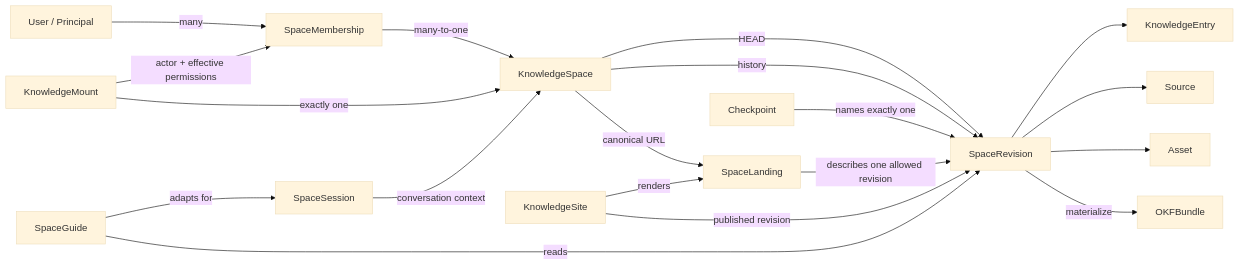
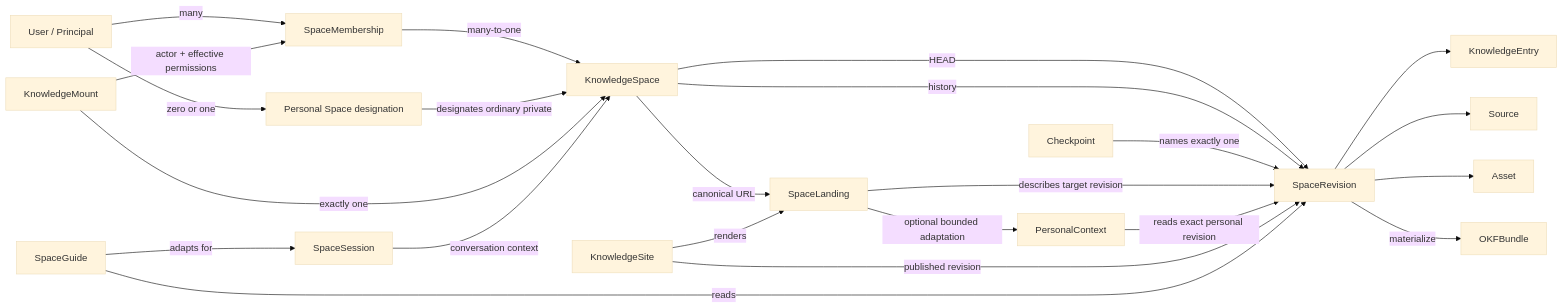
One commit to xxsrez/MindDiary changed the diagram in docs/specs/domain-model.md. Above: the diagram before and after it, drawn with Mermaid (base theme). The commit also changed other lines of this file and 7 other files, not shown here.

````diff
--- a/docs/specs/domain-model.md
+++ b/docs/specs/domain-model.md
@@ -49,36 +51,42 @@
 ```mermaid
 flowchart LR
     User[User / Principal]
     Membership[SpaceMembership]
     Space[KnowledgeSpace]
     Revision[SpaceRevision]
     Checkpoint[Checkpoint]
     Bundle[OKFBundle]
     Entry[KnowledgeEntry]
     Source[Source]
     Asset[Asset]
     Mount[KnowledgeMount]
+    PersonalDesignation[Personal Space designation]
+    PersonalContext[PersonalContext]
     Landing[SpaceLanding]
     Site[KnowledgeSite]
     Session[SpaceSession]
     Guide[SpaceGuide]
 
     User -->|many| Membership
     Membership -->|many-to-one| Space
+    User -->|zero or one| PersonalDesignation
+    PersonalDesignation -->|designates ordinary private| Space
     Mount -->|actor + effective permissions| Membership
     Mount -->|exactly one| Space
     Space -->|HEAD| Revision
     Space -->|history| Revision
     Checkpoint -->|names exactly one| Revision
     Revision --> Entry
     Revision --> Source
     Revision --> Asset
     Revision -->|materialize| Bundle
-    Landing -->|describes one allowed revision| Revision
+    Landing -->|describes target revision| Revision
+    PersonalContext -->|reads exact personal revision| Revision
+    Landing -->|optional bounded adaptation| PersonalContext
     Space -->|canonical URL| Landing
     Site -->|published revision| Revision
     Site -->|renders| Landing
     Session -->|conversation context| Space
     Guide -->|reads| Revision
     Guide -->|adapts for| Session
 ```
````
